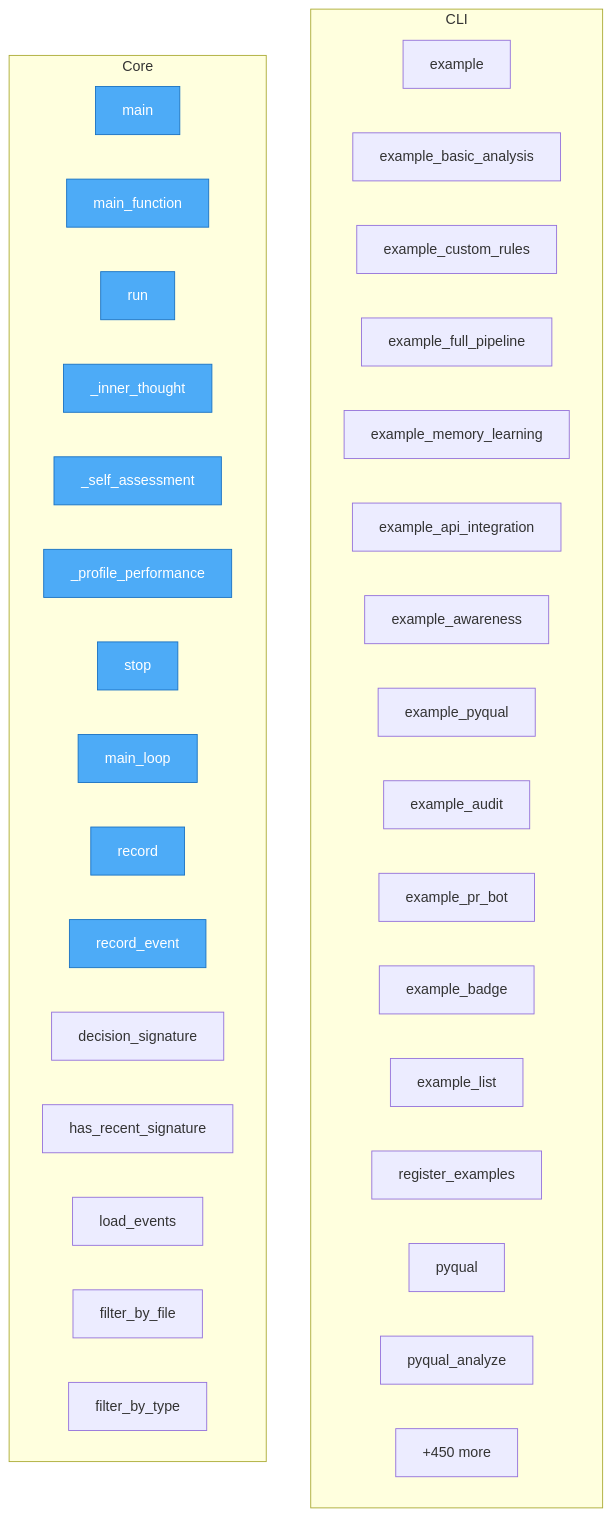
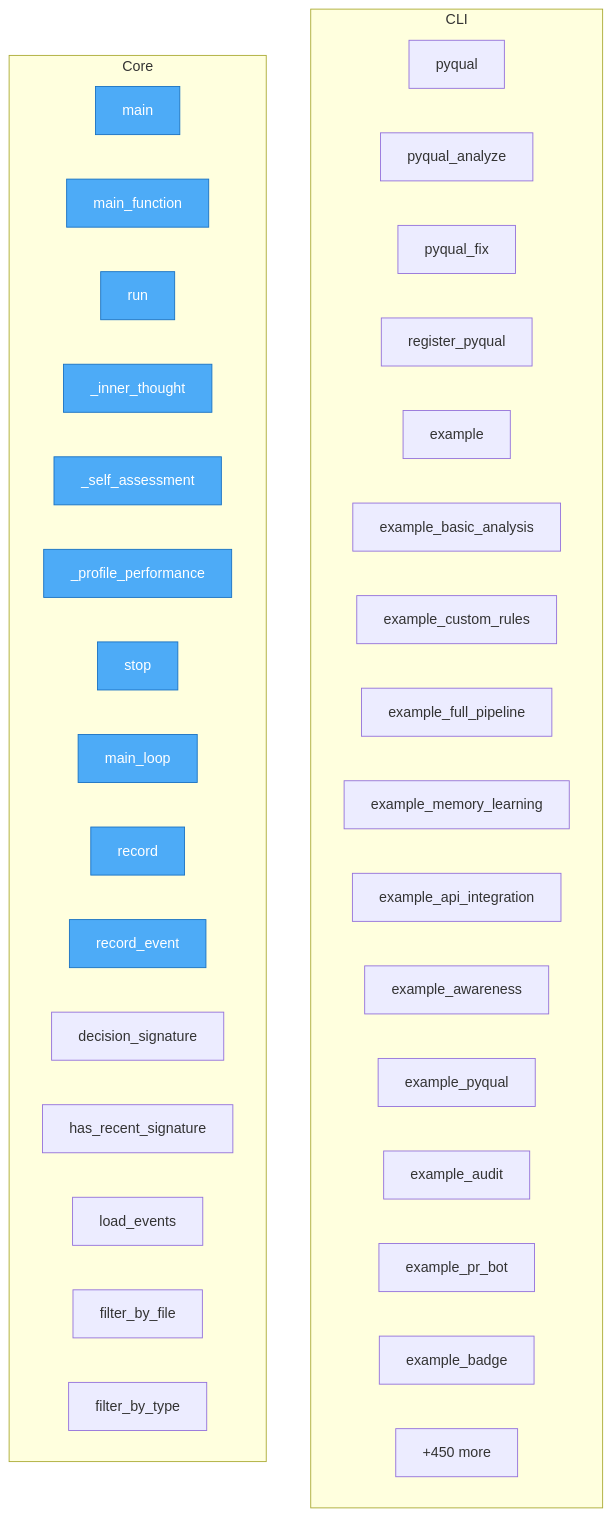
One commit to semcod/redsl changed the diagram in project/flow.mmd. Above: the diagram before and after it, drawn with Mermaid. The commit also changed 43 other files, not shown here.

```diff
--- a/project/flow.mmd
+++ b/project/flow.mmd
@@ -1,44 +1,44 @@
 flowchart TD
 
     %% Entry points (blue)
     classDef entry fill:#4dabf7,stroke:#1971c2,color:#fff
 
     subgraph CLI
+        redsl__cli__pyqual__pyqual["pyqual"]
+        redsl__cli__pyqual__pyqual_analyze["pyqual_analyze"]
+        redsl__cli__pyqual__pyqual_fix["pyqual_fix"]
+        redsl__cli__pyqual__register_pyqual["register_pyqual"]
         redsl__cli__examples__example["example"]
         redsl__cli__examples__example_basic_analysis["example_basic_analysis"]
         redsl__cli__examples__example_custom_rules["example_custom_rules"]
         redsl__cli__examples__example_full_pipeline["example_full_pipeline"]
         redsl__cli__examples__example_memory_learning["example_memory_learning"]
         redsl__cli__examples__example_api_integration["example_api_integration"]
         redsl__cli__examples__example_awareness["example_awareness"]
         redsl__cli__examples__example_pyqual["example_pyqual"]
         redsl__cli__examples__example_audit["example_audit"]
         redsl__cli__examples__example_pr_bot["example_pr_bot"]
         redsl__cli__examples__example_badge["example_badge"]
-        redsl__cli__examples__example_list["example_list"]
-        redsl__cli__examples__register_examples["register_examples"]
-        redsl__cli__pyqual__pyqual["pyqual"]
-        redsl__cli__pyqual__pyqual_analyze["pyqual_analyze"]
         ...["+30 more"]
     end
 
     subgraph Core
         N___goal__pre_commit_hook__main["main"]
         refactor_output__refactor_extract_functions_20260407_143102__00_app__models__main_function["main_function"]
         redsl__consciousness_loop__ConsciousnessLoop__run["run"]
         redsl__consciousness_loop__ConsciousnessLoop___inner_thought["_inner_thought"]
         redsl__consciousness_loop__ConsciousnessLoop___self_assessment["_self_assessment"]
         redsl__consciousness_loop__ConsciousnessLoop___profile_performance["_profile_performance"]
         redsl__consciousness_loop__ConsciousnessLoop__stop["stop"]
         redsl__consciousness_loop__main_loop["main_loop"]
         redsl__history__HistoryWriter__record["record"]
         redsl__history__HistoryWriter__record_event["record_event"]
         redsl__history__HistoryWriter__decision_signature["decision_signature"]
         redsl__history__HistoryWriter__has_recent_signature["has_recent_signature"]
         redsl__history__HistoryReader__load_events["load_events"]
         redsl__history__HistoryReader__filter_by_file["filter_by_file"]
         redsl__history__HistoryReader__filter_by_type["filter_by_type"]
         ...["+450 more"]
     end
 
     class N___goal__pre_commit_hook__main,refactor_output__refactor_extract_functions_20260407_143102__00_app__models__main_function,redsl__consciousness_loop__ConsciousnessLoop__run,redsl__consciousness_loop__ConsciousnessLoop___inner_thought,redsl__consciousness_loop__ConsciousnessLoop___self_assessment,redsl__consciousness_loop__ConsciousnessLoop___profile_performance,redsl__consciousness_loop__ConsciousnessLoop__stop,redsl__consciousness_loop__main_loop,redsl__history__HistoryWriter__record,redsl__history__HistoryWriter__record_event entry
```
